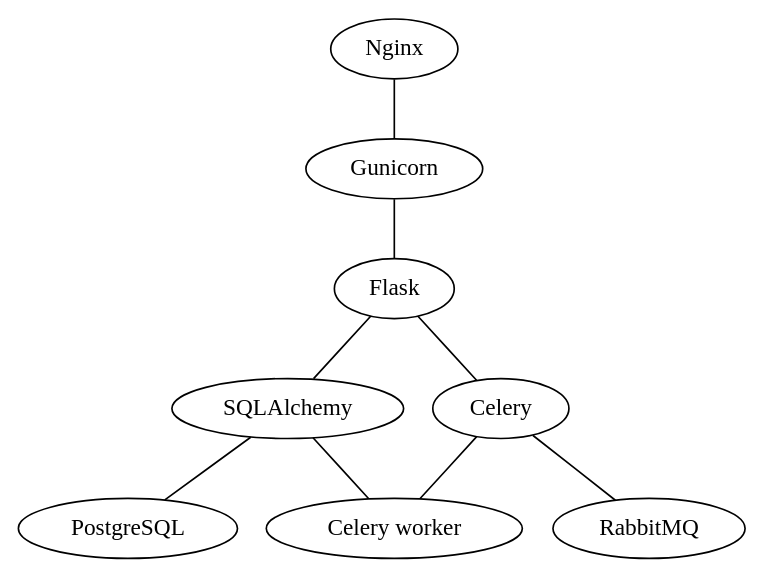
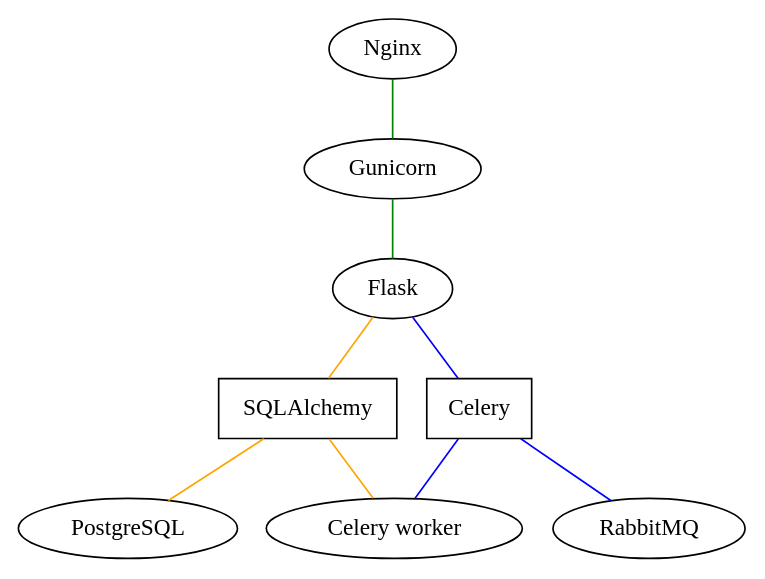
One commit to grihabor/teser changed the diagram in doc/structure.dot. Above: the diagram before and after it, drawn with Graphviz. The commit also changed 1 other file, not shown here.

```diff
--- a/doc/structure.dot
+++ b/doc/structure.dot
@@ -1,17 +1,17 @@
 graph G {
     flask [label="Flask"];
-    sqlalchemy [label="SQLAlchemy"];
-    celery [label="Celery"];
+    sqlalchemy [label="SQLAlchemy",shape="box"];
+    celery [label="Celery",shape="box"];
     worker [label="Celery worker"];
     gunicorn [label="Gunicorn"];
     nginx [label="Nginx"];
     rabbitmq [label="RabbitMQ"];
     postgres [label="PostgreSQL"];
 
-    nginx -- gunicorn -- flask;
-    flask -- sqlalchemy -- worker;
-    sqlalchemy -- postgres;
-    flask -- celery;
-    celery -- worker;
-    celery -- rabbitmq;
+    nginx -- gunicorn -- flask [color="green"];
+    flask -- sqlalchemy -- worker [color="orange"];
+    sqlalchemy -- postgres [color="orange"];
+    flask -- celery [color="blue"];
+    celery -- worker [color="blue"];
+    celery -- rabbitmq [color="blue"];
 }
```
